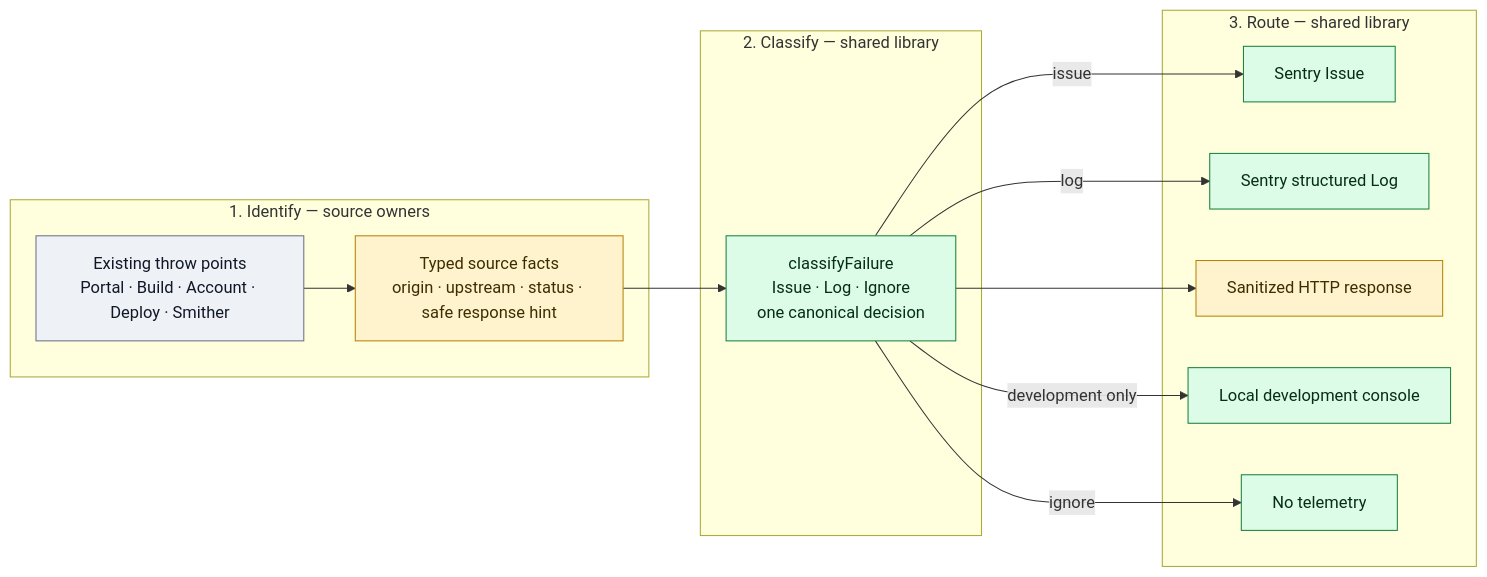
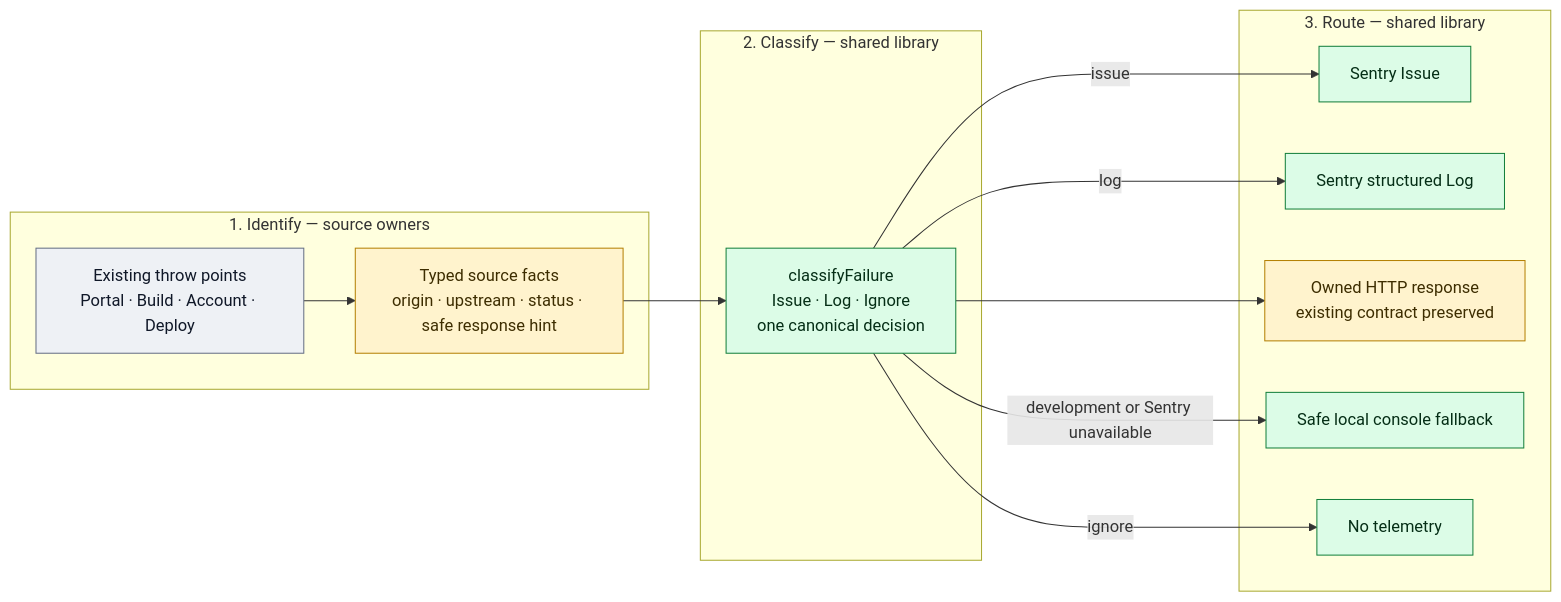
Before and after one commit to aomi-labs/aomi-widget: the diagram in docs/topics/bff/facts/sentry-observability.md, drawn with Mermaid. The commit also changed other lines of this file and 67 other files, not shown here.

````diff
--- a/docs/topics/bff/facts/sentry-observability.md
+++ b/docs/topics/bff/facts/sentry-observability.md
@@ -57,34 +57,34 @@
 ```mermaid
 flowchart LR
   subgraph L1["1. Identify — source owners"]
-    A["Existing throw points<br/>Portal · Build · Account · Deploy · Smither"]
+    A["Existing throw points<br/>Portal · Build · Account · Deploy"]
     B["Typed source facts<br/>origin · upstream · status · safe response hint"]
     A --> B
   end
 
   subgraph L2["2. Classify — shared library"]
     C["classifyFailure<br/>Issue · Log · Ignore<br/>one canonical decision"]
   end
 
   subgraph L3["3. Route — shared library"]
     D["Sentry Issue"]
     E["Sentry structured Log"]
-    F["Sanitized HTTP response"]
-    G["Local development console"]
+    F["Owned HTTP response<br/>existing contract preserved"]
+    G["Safe local console fallback"]
     H["No telemetry"]
   end
 
   B --> C
   C -->|"issue"| D
   C -->|"log"| E
   C --> F
-  C -->|"development only"| G
+  C -->|"development or Sentry unavailable"| G
   C -->|"ignore"| H
 
   classDef existing fill:#eef1f5,stroke:#667085,color:#101828
   classDef changed fill:#fff3cd,stroke:#b58105,color:#3d2d00
   classDef added fill:#dcfce7,stroke:#15803d,color:#052e16
   class A existing
   class B,F changed
   class C,D,E,G,H added
 ```
````
